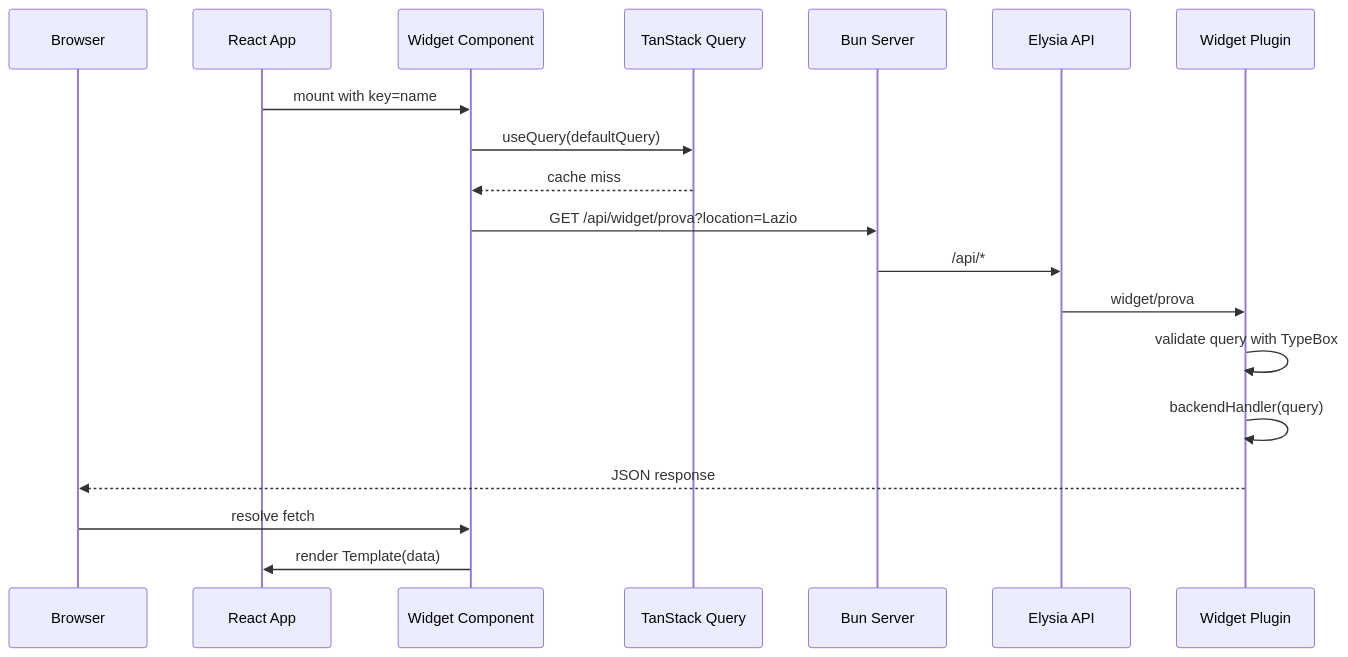
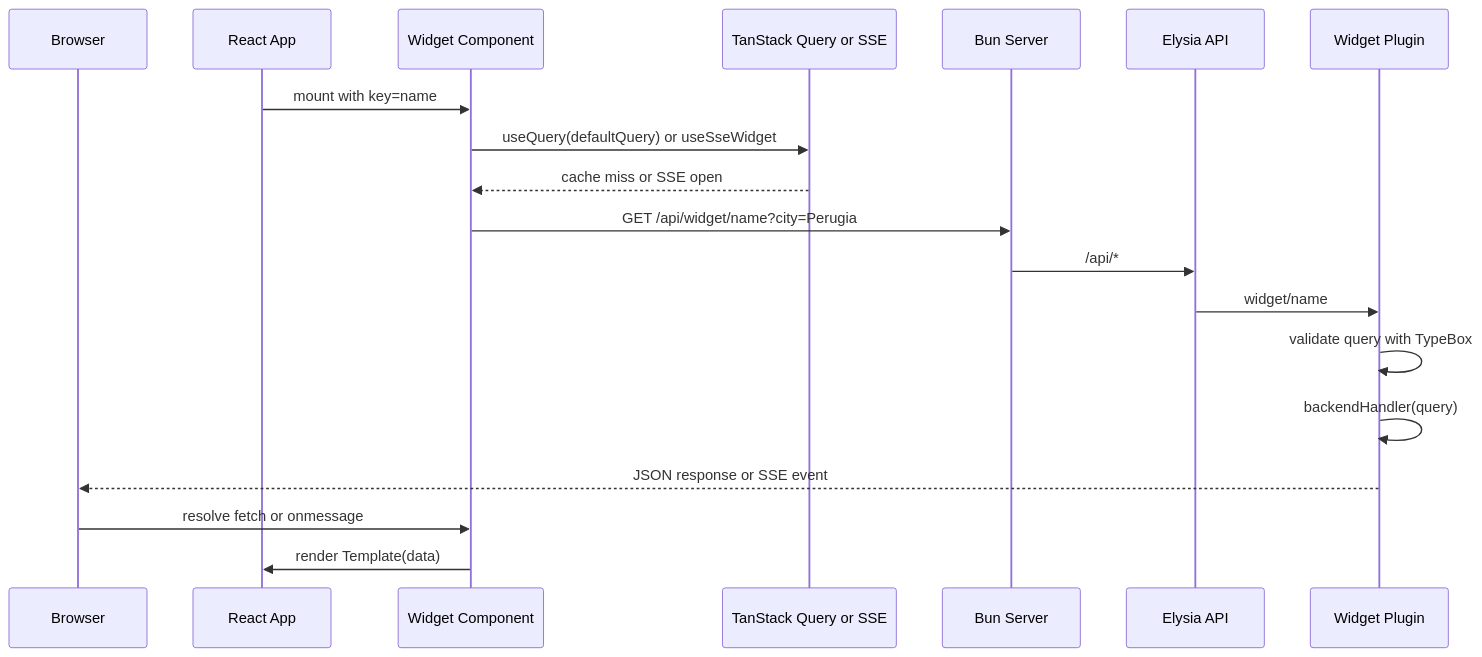
Before and after one commit to RobertoFretel/Widget: the third of 3 diagrams in openwiki/concepts/widgets.md, drawn with Mermaid. The commit also changed other lines of this file and 21 other files, not shown here.

````diff
--- a/openwiki/concepts/widgets.md
+++ b/openwiki/concepts/widgets.md
@@ -154,22 +214,22 @@
 ```mermaid
 sequenceDiagram
     participant B as Browser
     participant FR as React App
     participant WC as Widget Component
-    participant QC as TanStack Query
+    participant QC as TanStack Query or SSE
     participant BS as Bun Server
     participant EA as Elysia API
     participant WP as Widget Plugin
 
     FR ->> WC: mount with key=name
-    WC ->> QC: useQuery(defaultQuery)
-    QC -->> WC: cache miss
-    WC ->> BS: GET /api/widget/prova?location=Lazio
+    WC ->> QC: useQuery(defaultQuery) or useSseWidget
+    QC -->> WC: cache miss or SSE open
+    WC ->> BS: GET /api/widget/name?city=Perugia
     BS ->> EA: /api/*
-    EA ->> WP: widget/prova
+    EA ->> WP: widget/name
     WP ->> WP: validate query with TypeBox
     WP ->> WP: backendHandler(query)
-    WP -->> B: JSON response
-    B ->> WC: resolve fetch
+    WP -->> B: JSON response or SSE event
+    B ->> WC: resolve fetch or onmessage
     WC ->> FR: render Template(data)
 ```
````
